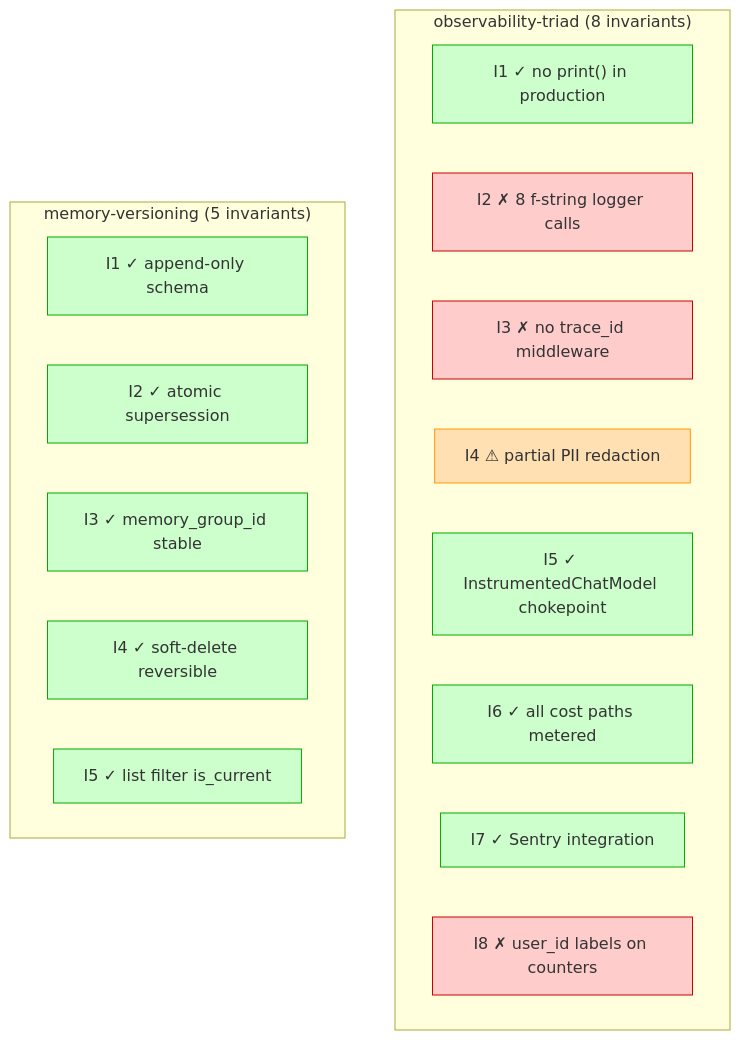
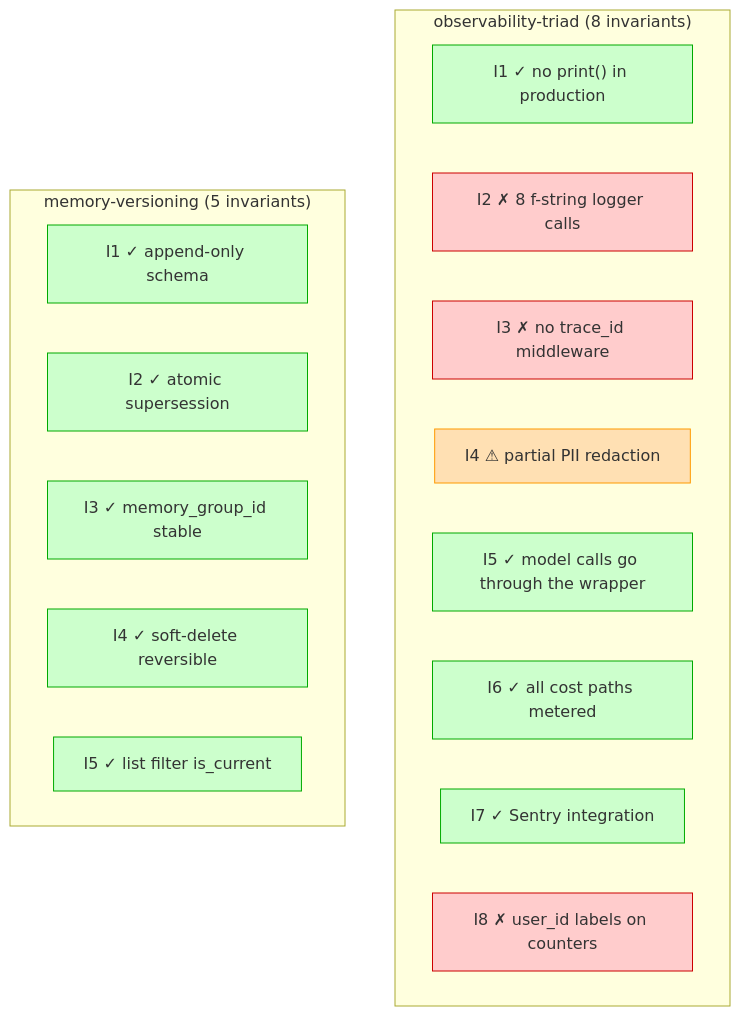
One commit to weside-ai/claude-code-plugin changed the fifth of 5 diagrams in we/skills/audit-architecture/references/visualization.md. Above: the diagram before and after it, drawn with Mermaid. The commit also changed other lines of this file and 55 other files, not shown here.

````diff
--- a/we/skills/audit-architecture/references/visualization.md
+++ b/we/skills/audit-architecture/references/visualization.md
@@ -115,25 +115,25 @@
 ```mermaid
 flowchart TB
     subgraph T["observability-triad (8 invariants)"]
         I1["I1 ✓ no print() in production"]:::clean
         I2["I2 ✗ 8 f-string logger calls"]:::critical
         I3["I3 ✗ no trace_id middleware"]:::critical
         I4["I4 ⚠ partial PII redaction"]:::major
-        I5["I5 ✓ InstrumentedChatModel chokepoint"]:::clean
+        I5["I5 ✓ model calls go through the wrapper"]:::clean
         I6["I6 ✓ all cost paths metered"]:::clean
         I7["I7 ✓ Sentry integration"]:::clean
         I8["I8 ✗ user_id labels on counters"]:::critical
     end
 
     subgraph M["memory-versioning (5 invariants)"]
         M1["I1 ✓ append-only schema"]:::clean
         M2["I2 ✓ atomic supersession"]:::clean
         M3["I3 ✓ memory_group_id stable"]:::clean
         M4["I4 ✓ soft-delete reversible"]:::clean
         M5["I5 ✓ list filter is_current"]:::clean
     end
 
     classDef clean fill:#ccffcc,stroke:#00aa00
     classDef major fill:#ffe0b3,stroke:#ff9900
     classDef critical fill:#ffcccc,stroke:#cc0000
 ```
````
